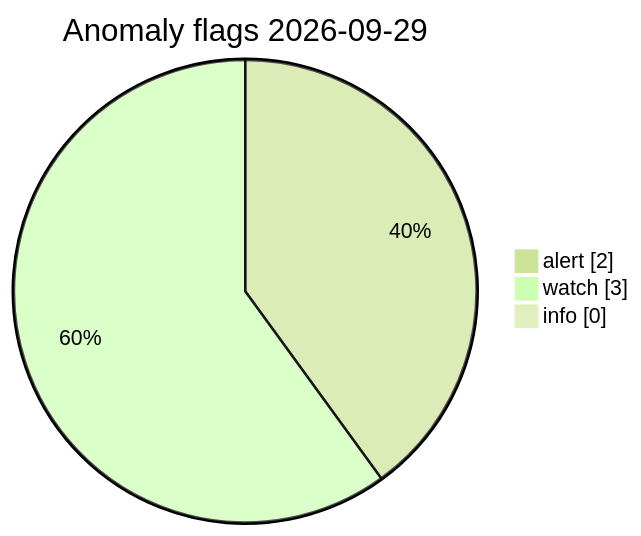
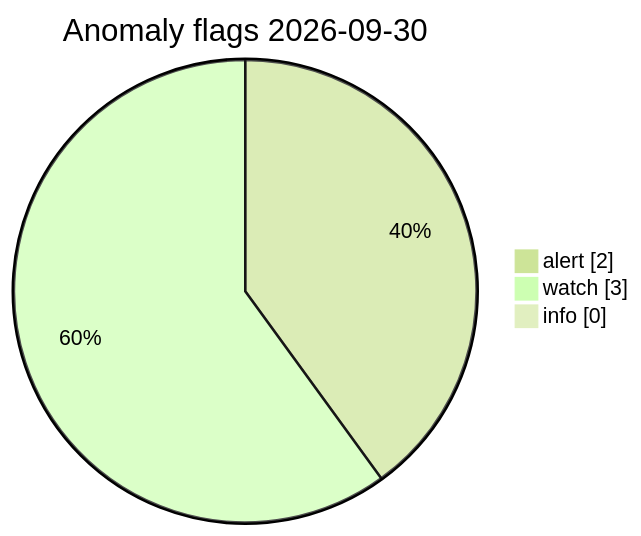
One commit to Midwest-Stratospheric/Unified-Open-Global-Weather changed the diagram in visuals/latest/CHARTS.md. Above: the diagram before and after it, drawn with Mermaid (forest theme). The commit also changed other lines of this file and 11 other files, not shown here.

Commit message:
data(visuals): automated charts 2026-09-30T12:39Z

````diff
--- a/visuals/latest/CHARTS.md
+++ b/visuals/latest/CHARTS.md
@@ -73,7 +73,7 @@
 ```mermaid
 pie showData
-  title Anomaly flags 2026-09-29
+  title Anomaly flags 2026-09-30
   "alert" : 2
   "watch" : 3
   "info" : 0
 ```
````
